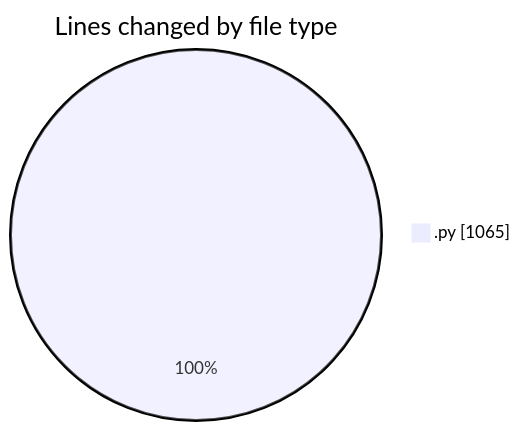
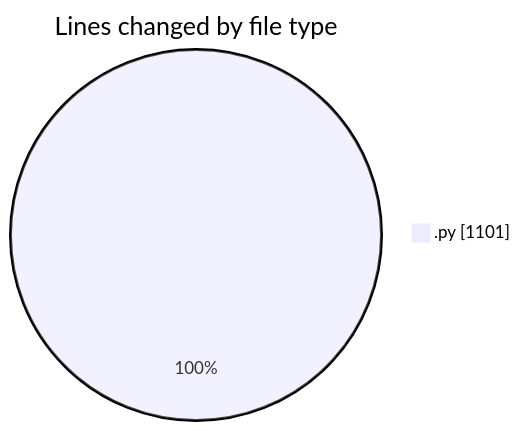
One commit to MatusMokan/code-tracking changed the first of 2 diagrams in 2025-03-18/myws__workspace_/README.md. Above: the diagram before and after it, drawn with Mermaid. The commit also changed other lines of this file and 1 other file, not shown here.

````diff
--- a/2025-03-18/myws__workspace_/README.md
+++ b/2025-03-18/myws__workspace_/README.md
@@ -23,5 +23,5 @@
 ```mermaid
 pie showData
 title Lines changed by file type
-".py" : 1065
+".py" : 1101
 ```
````
